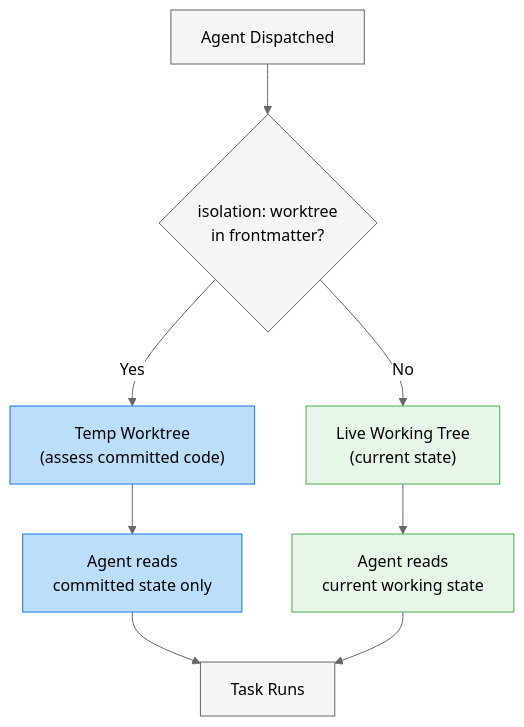
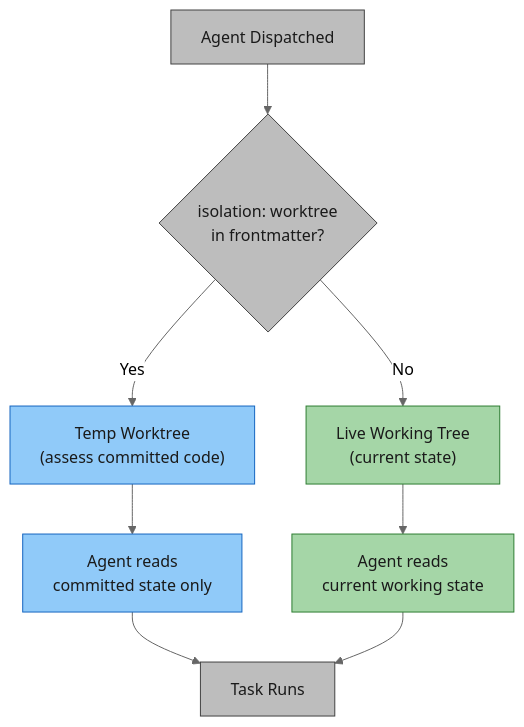
The second of 20 diagrams in docs/COLLABORATION-MODEL.md (rdunie/venutian-antfarm), drawn with Mermaid (neutral theme) before and after one commit. The commit also changed other lines of this file and 22 other files, not shown here.

````diff
--- a/docs/COLLABORATION-MODEL.md
+++ b/docs/COLLABORATION-MODEL.md
@@ -41,21 +43,21 @@
 ```mermaid
 flowchart TD
     DISPATCH["Agent Dispatched"] --> CHECK{"isolation: worktree\nin frontmatter?"}
 
     CHECK -->|"Yes"| WORKTREE["Temp Worktree\n(assess committed code)"]
     CHECK -->|"No"| LIVE["Live Working Tree\n(current state)"]
 
     WORKTREE --> ASSESS["Agent reads\ncommitted state only"]
     LIVE --> WORK["Agent reads\ncurrent working state"]
 
     ASSESS --> DONE["Task Runs"]
     WORK --> DONE
 
-    style DISPATCH fill:#f5f5f5,stroke:#666
-    style CHECK fill:#f5f5f5,stroke:#666
-    style WORKTREE fill:#bbdefb,stroke:#1976D2
-    style LIVE fill:#e8f5e9,stroke:#4CAF50
-    style ASSESS fill:#bbdefb,stroke:#1976D2
-    style WORK fill:#e8f5e9,stroke:#4CAF50
-    style DONE fill:#f5f5f5,stroke:#666
+    style DISPATCH fill:#bdbdbd,stroke:#424242,color:#1a1a1a
+    style CHECK fill:#bdbdbd,stroke:#424242,color:#1a1a1a
+    style WORKTREE fill:#90caf9,stroke:#1565c0,color:#1a1a1a
+    style LIVE fill:#a5d6a7,stroke:#2e7d32,color:#1a1a1a
+    style ASSESS fill:#90caf9,stroke:#1565c0,color:#1a1a1a
+    style WORK fill:#a5d6a7,stroke:#2e7d32,color:#1a1a1a
+    style DONE fill:#bdbdbd,stroke:#424242,color:#1a1a1a
 ```
````
